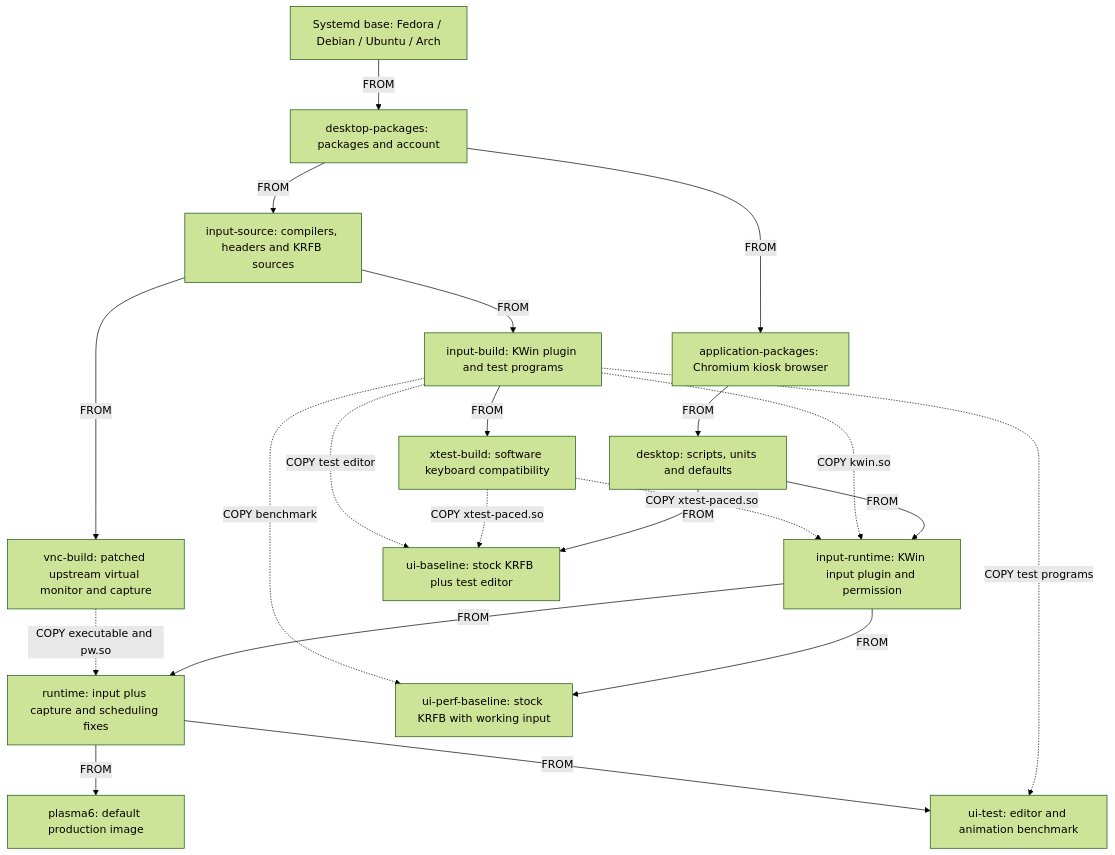
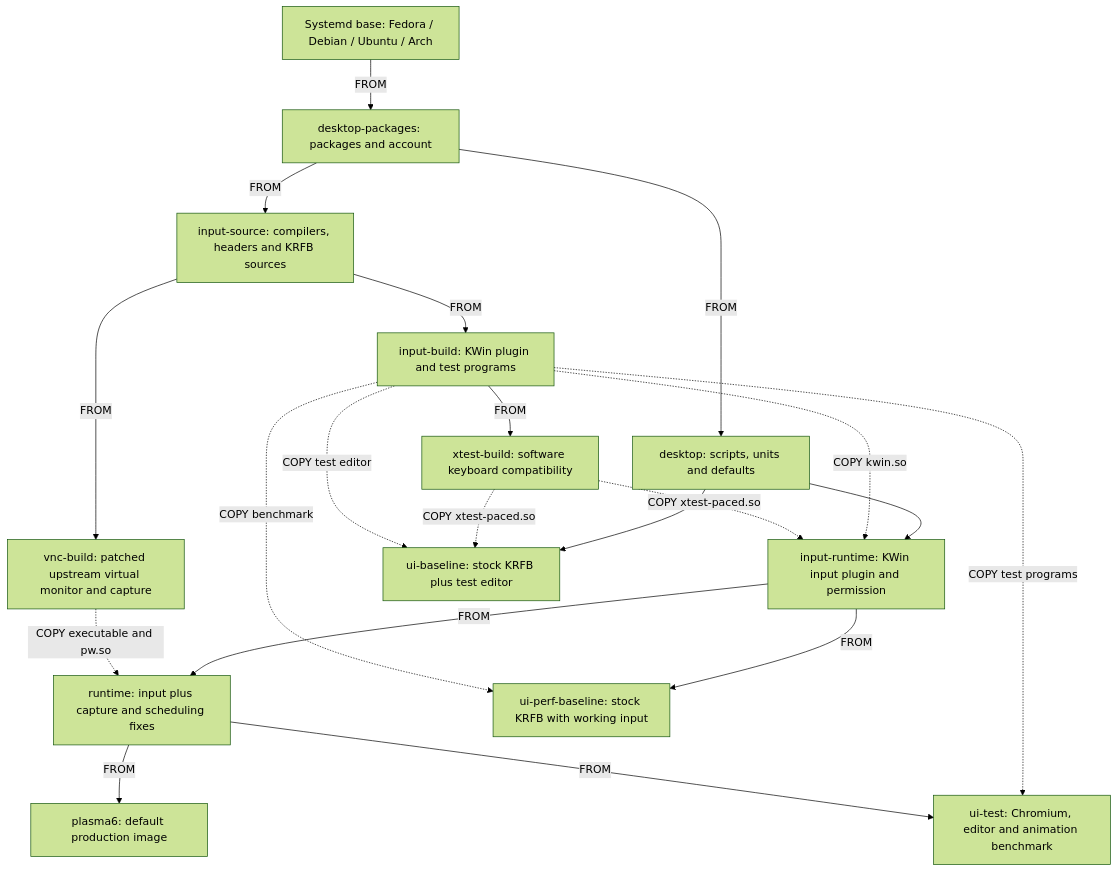
The diagram in docs/diagrams/build-stages.mmd (skynet-core/kde-container), drawn with Mermaid (forest theme) before and after one commit. The commit also changed 17 other files, not shown here.

```diff
--- a/docs/diagrams/build-stages.mmd
+++ b/docs/diagrams/build-stages.mmd
@@ -1,35 +1,33 @@
 flowchart TD
     base["Systemd base: Fedora / Debian / Ubuntu / Arch"]
     packages["desktop-packages: packages and account"]
-    applications["application-packages: Chromium kiosk browser"]
     desktop["desktop: scripts, units and defaults"]
     source["input-source: compilers, headers and KRFB sources"]
     build["input-build: KWin plugin and test programs"]
     xtest["xtest-build: software keyboard compatibility"]
     input["input-runtime: KWin input plugin and permission"]
     vnc["vnc-build: patched upstream virtual monitor and capture"]
     runtime["runtime: input plus capture and scheduling fixes"]
     final["plasma6: default production image"]
-    ui["ui-test: editor and animation benchmark"]
+    ui["ui-test: Chromium, editor and animation benchmark"]
     baseline["ui-baseline: stock KRFB plus test editor"]
     perfbaseline["ui-perf-baseline: stock KRFB with working input"]
     base -->|FROM| packages
-    packages -->|FROM| applications
-    applications -->|FROM| desktop
+    packages -->|FROM| desktop
     packages -->|FROM| source
     source -->|FROM| build
-    desktop -->|FROM| input
-    desktop -->|FROM| baseline
+    desktop --> input
+    desktop --> baseline
     source -->|FROM| vnc
     build -->|FROM| xtest
     input -->|FROM| runtime
     input -->|FROM| perfbaseline
     build -. "COPY kwin.so" .-> input
     xtest -. "COPY xtest-paced.so" .-> input
     xtest -. "COPY xtest-paced.so" .-> baseline
     vnc -. "COPY executable and pw.so" .-> runtime
     build -. "COPY test editor" .-> baseline
     build -. "COPY benchmark" .-> perfbaseline
     build -. "COPY test programs" .-> ui
     runtime -->|FROM| final
     runtime -->|FROM| ui
```
